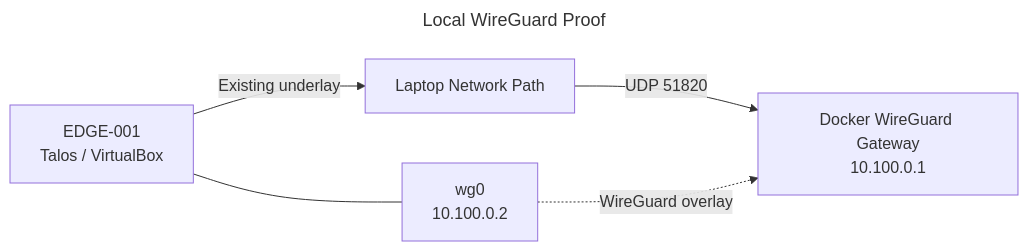
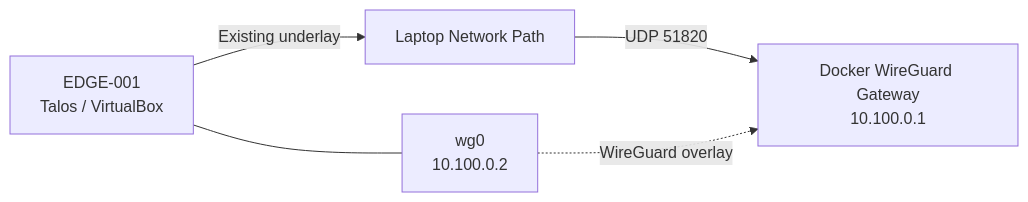
Before and after one commit to naren4b/learn-talos: diagram 33 of 35 in docs/track-2-secure-edge/README.md, drawn with Mermaid. The commit also changed other lines of this file, not shown here.

Commit message:
docs: fix GitHub Mermaid rich display errors

````diff
--- a/docs/track-2-secure-edge/README.md
+++ b/docs/track-2-secure-edge/README.md
@@ -2167,15 +2161,12 @@
 ```mermaid
----
-title: Local WireGuard Proof
----
 flowchart LR
     A[EDGE-001<br/>Talos / VirtualBox]
     B[Laptop Network Path]
     C[Docker WireGuard Gateway<br/>10.100.0.1]
     D[wg0<br/>10.100.0.2]
 
     A -->|Existing underlay| B
     B -->|UDP 51820| C
     A --- D
     D -. WireGuard overlay .-> C
 ```
````
